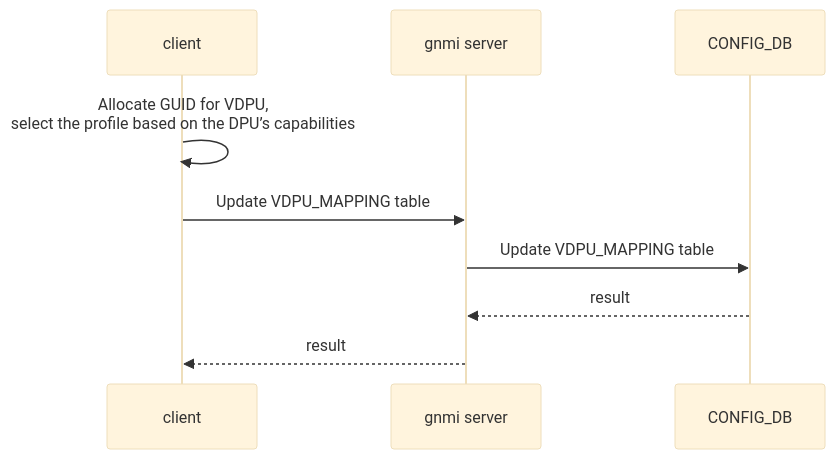
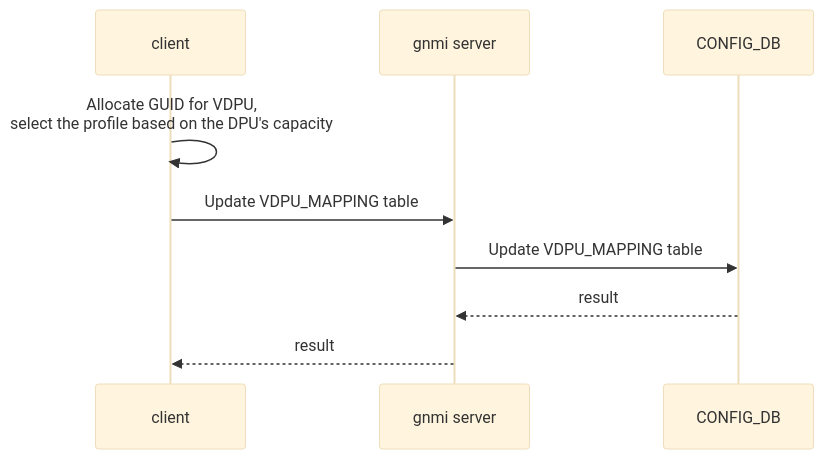
The diagram in VDPU_MAPPING.md (wen587/mermaid), drawn with Mermaid (base theme) before and after one commit.

````diff
--- a/VDPU_MAPPING.md
+++ b/VDPU_MAPPING.md
@@ -1,11 +1,11 @@
 ```mermaid
 sequenceDiagram
     participant client
     participant gnmi server
     participant CONFIG_DB
-    client->>client: Allocate GUID for VDPU,<br>select the profile based on the DPU’s capabilities
+    client->>client: Allocate GUID for VDPU,<br>select the profile based on the DPU's capacity
     client->>gnmi server: Update VDPU_MAPPING table
     gnmi server->>CONFIG_DB: Update VDPU_MAPPING table
     CONFIG_DB-->>gnmi server: result
     gnmi server-->>client: result
 ```
````
